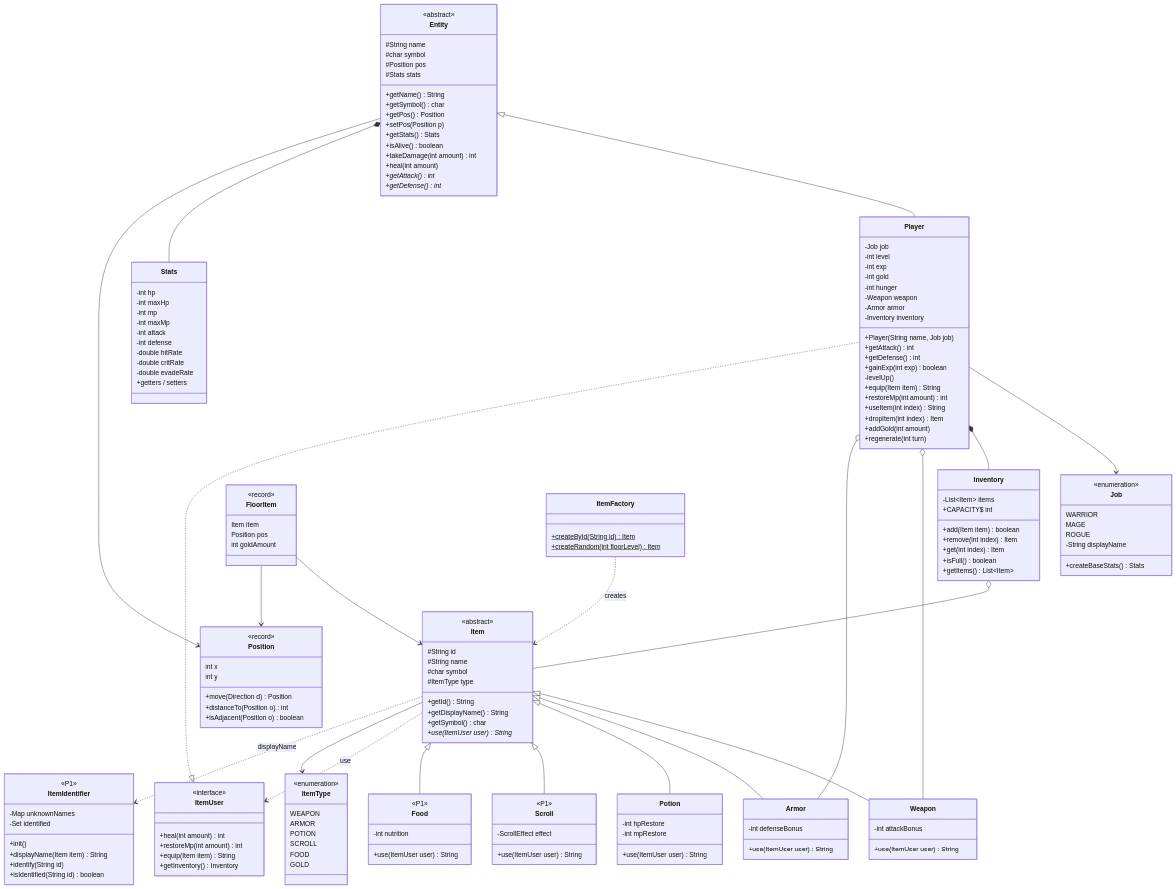
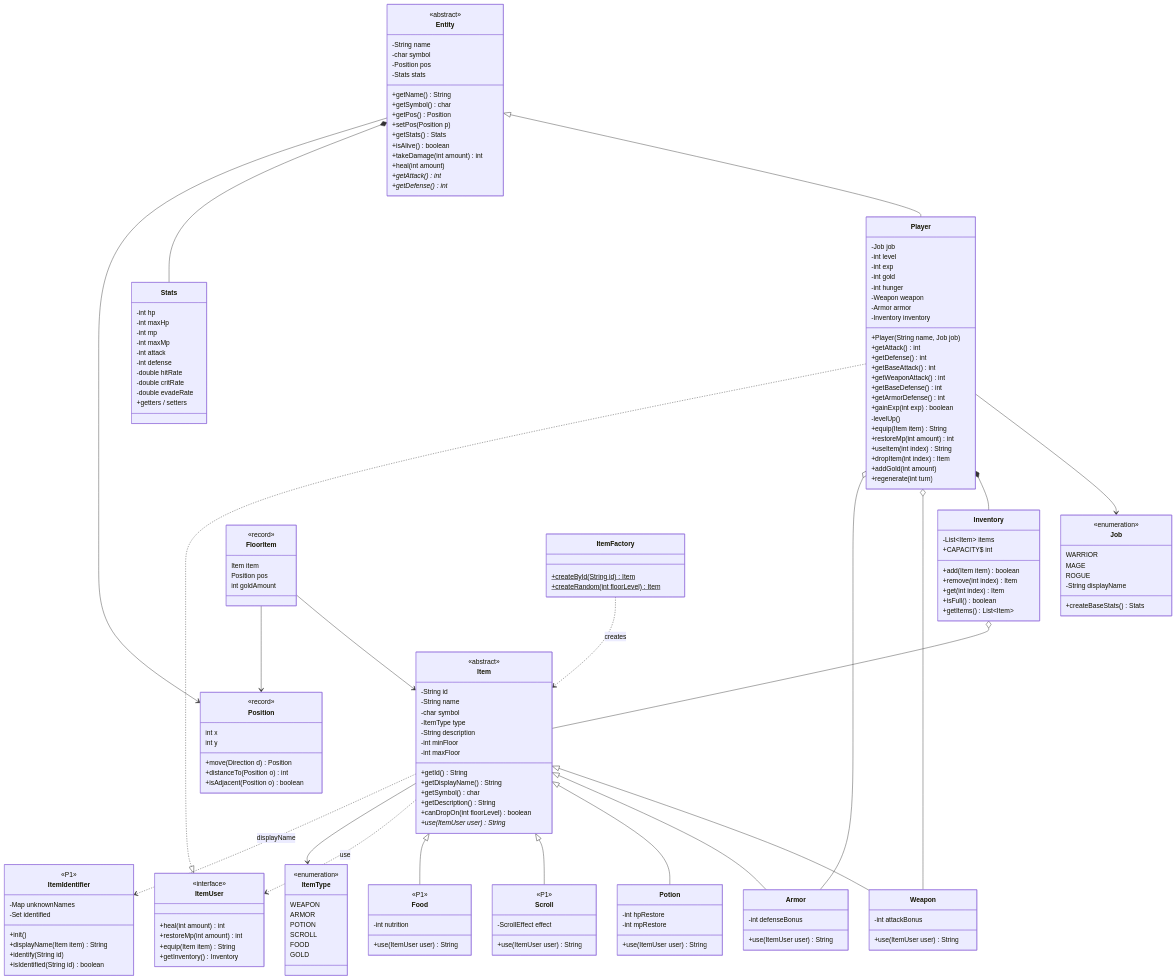
One commit to likelion-boot-camp-28th/side-project01-team01 changed the third of 9 diagrams in docs/Class-Diagram.md. Above: the diagram before and after it, drawn with Mermaid. The commit also changed 8 other files, not shown here.

```diff
--- a/docs/Class-Diagram.md
+++ b/docs/Class-Diagram.md
@@ -206,10 +206,10 @@
     }
     class Entity {
         <<abstract>>
-        #String name
-        #char symbol
-        #Position pos
-        #Stats stats
+        -String name
+        -char symbol
+        -Position pos
+        -Stats stats
         +getName() String
         +getSymbol() char
         +getPos() Position
@@ -245,6 +245,10 @@
         +Player(String name, Job job)
         +getAttack() int
         +getDefense() int
+        +getBaseAttack() int
+        +getWeaponAttack() int
+        +getBaseDefense() int
+        +getArmorDefense() int
         +gainExp(int exp) boolean
         -levelUp()
         +equip(Item item) String
@@ -273,13 +277,18 @@
     }
     class Item {
         <<abstract>>
-        #String id
-        #String name
-        #char symbol
-        #ItemType type
+        -String id
+        -String name
+        -char symbol
+        -ItemType type
+        -String description
+        -int minFloor
+        -int maxFloor
         +getId() String
         +getDisplayName() String
         +getSymbol() char
+        +getDescription() String
+        +canDropOn(int floorLevel) boolean
         +use(ItemUser user)* String
     }
     class ItemType {
```
